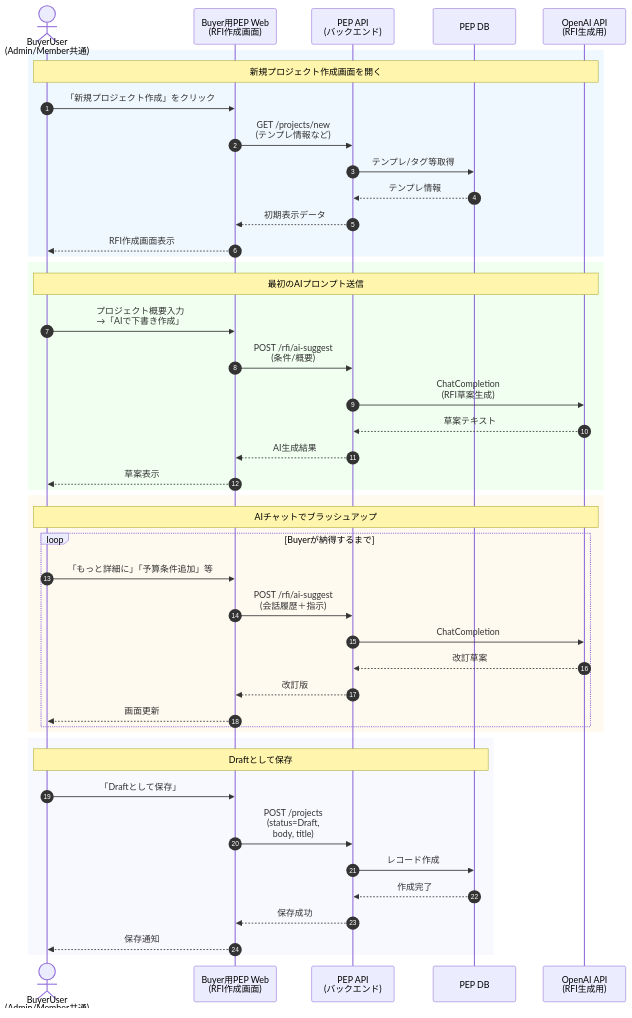
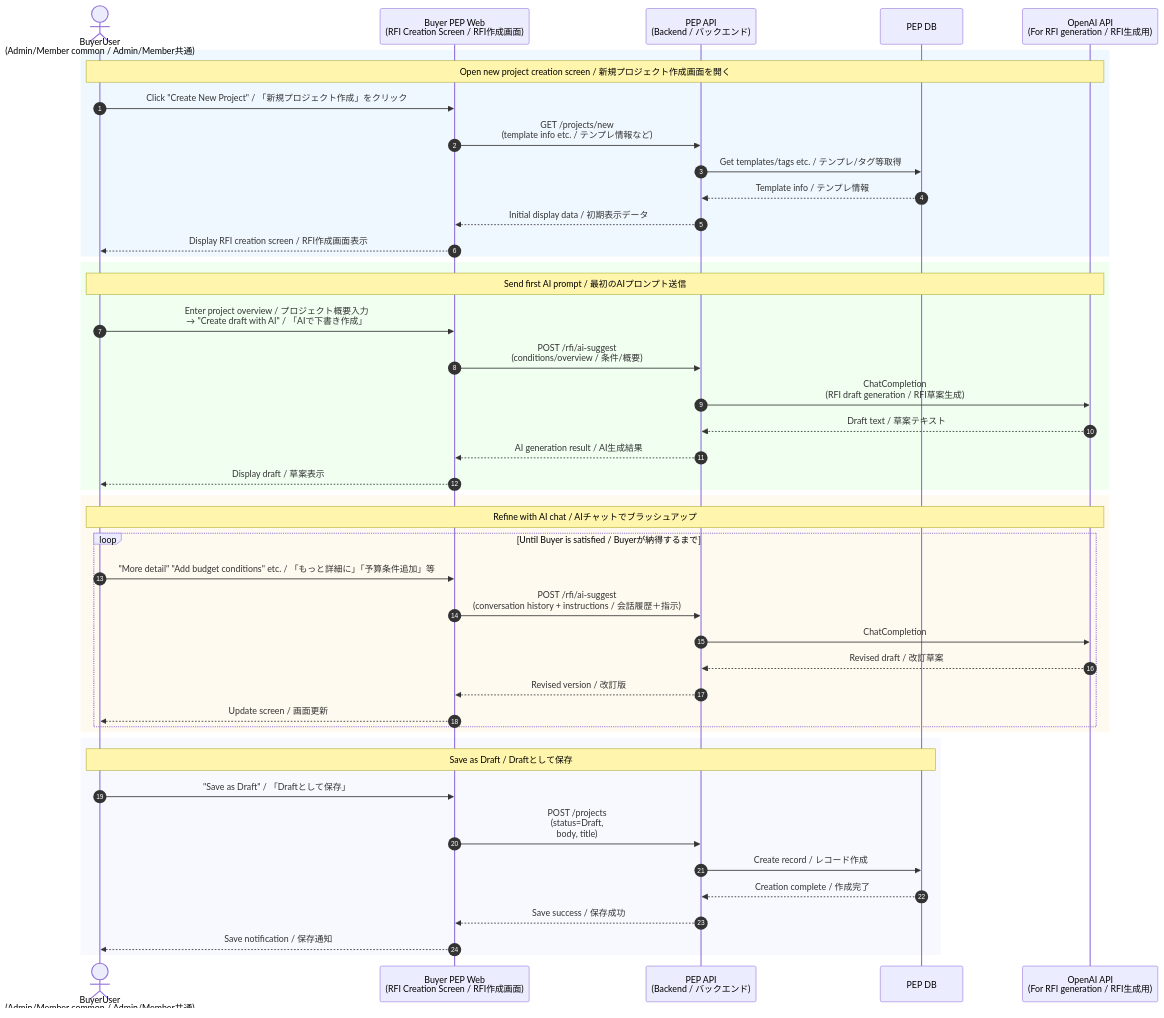
One commit to PhamDuBin/pep changed the diagram in docs/UC/UC6.md. Above: the diagram before and after it, drawn with Mermaid. The commit also changed other lines of this file and 30 other files, not shown here.

````diff
--- a/docs/UC/UC6.md
+++ b/docs/UC/UC6.md
@@ -3,53 +3,53 @@
 ```mermaid
 sequenceDiagram
     autonumber
-    actor BU as BuyerUser<br/>(Admin/Member共通)
-    participant BWeb as Buyer用PEP Web<br/>(RFI作成画面)
-    participant API as PEP API<br/>(バックエンド)
+    actor BU as BuyerUser<br/>(Admin/Member common / Admin/Member共通)
+    participant BWeb as Buyer PEP Web<br/>(RFI Creation Screen / RFI作成画面)
+    participant API as PEP API<br/>(Backend / バックエンド)
     participant DB as PEP DB
-    participant AI as OpenAI API<br/>(RFI生成用)
+    participant AI as OpenAI API<br/>(For RFI generation / RFI生成用)
 
     rect rgb(240, 248, 255)
-        Note over BU, AI: 新規プロジェクト作成画面を開く
-        BU->>BWeb: 「新規プロジェクト作成」をクリック
-        BWeb->>API: GET /projects/new<br/>(テンプレ情報など)
-        API->>DB: テンプレ/タグ等取得
-        DB-->>API: テンプレ情報
-        API-->>BWeb: 初期表示データ
-        BWeb-->>BU: RFI作成画面表示
+        Note over BU, AI: Open new project creation screen / 新規プロジェクト作成画面を開く
+        BU->>BWeb: Click "Create New Project" / 「新規プロジェクト作成」をクリック
+        BWeb->>API: GET /projects/new<br/>(template info etc. / テンプレ情報など)
+        API->>DB: Get templates/tags etc. / テンプレ/タグ等取得
+        DB-->>API: Template info / テンプレ情報
+        API-->>BWeb: Initial display data / 初期表示データ
+        BWeb-->>BU: Display RFI creation screen / RFI作成画面表示
     end
 
     rect rgb(240, 255, 240)
-        Note over BU, AI: 最初のAIプロンプト送信
-        BU->>BWeb: プロジェクト概要入力<br/>→「AIで下書き作成」
-        BWeb->>API: POST /rfi/ai-suggest<br/>(条件/概要)
+        Note over BU, AI: Send first AI prompt / 最初のAIプロンプト送信
+        BU->>BWeb: Enter project overview / プロジェクト概要入力<br/>→ "Create draft with AI" / 「AIで下書き作成」
+        BWeb->>API: POST /rfi/ai-suggest<br/>(conditions/overview / 条件/概要)
 
-        API->>AI: ChatCompletion<br/>(RFI草案生成)
-        AI-->>API: 草案テキスト
+        API->>AI: ChatCompletion<br/>(RFI draft generation / RFI草案生成)
+        AI-->>API: Draft text / 草案テキスト
 
-        API-->>BWeb: AI生成結果
-        BWeb-->>BU: 草案表示
+        API-->>BWeb: AI generation result / AI生成結果
+        BWeb-->>BU: Display draft / 草案表示
     end
 
     rect rgb(255, 250, 240)
-        Note over BU, AI: AIチャットでブラッシュアップ
-        loop Buyerが納得するまで
-            BU->>BWeb: 「もっと詳細に」「予算条件追加」等
-            BWeb->>API: POST /rfi/ai-suggest<br/>(会話履歴＋指示)
+        Note over BU, AI: Refine with AI chat / AIチャットでブラッシュアップ
+        loop Until Buyer is satisfied / Buyerが納得するまで
+            BU->>BWeb: "More detail" "Add budget conditions" etc. / 「もっと詳細に」「予算条件追加」等
+            BWeb->>API: POST /rfi/ai-suggest<br/>(conversation history + instructions / 会話履歴＋指示)
             API->>AI: ChatCompletion
-            AI-->>API: 改訂草案
-            API-->>BWeb: 改訂版
-            BWeb-->>BU: 画面更新
+            AI-->>API: Revised draft / 改訂草案
+            API-->>BWeb: Revised version / 改訂版
+            BWeb-->>BU: Update screen / 画面更新
         end
     end
 
     rect rgb(248, 248, 255)
-        Note over BU, DB: Draftとして保存
-        BU->>BWeb: 「Draftとして保存」
+        Note over BU, DB: Save as Draft / Draftとして保存
+        BU->>BWeb: "Save as Draft" / 「Draftとして保存」
         BWeb->>API: POST /projects<br/>(status=Draft,<br/>body, title)
-        API->>DB: レコード作成
-        DB-->>API: 作成完了
-        API-->>BWeb: 保存成功
-        BWeb-->>BU: 保存通知
+        API->>DB: Create record / レコード作成
+        DB-->>API: Creation complete / 作成完了
+        API-->>BWeb: Save success / 保存成功
+        BWeb-->>BU: Save notification / 保存通知
     end
 ```
````
